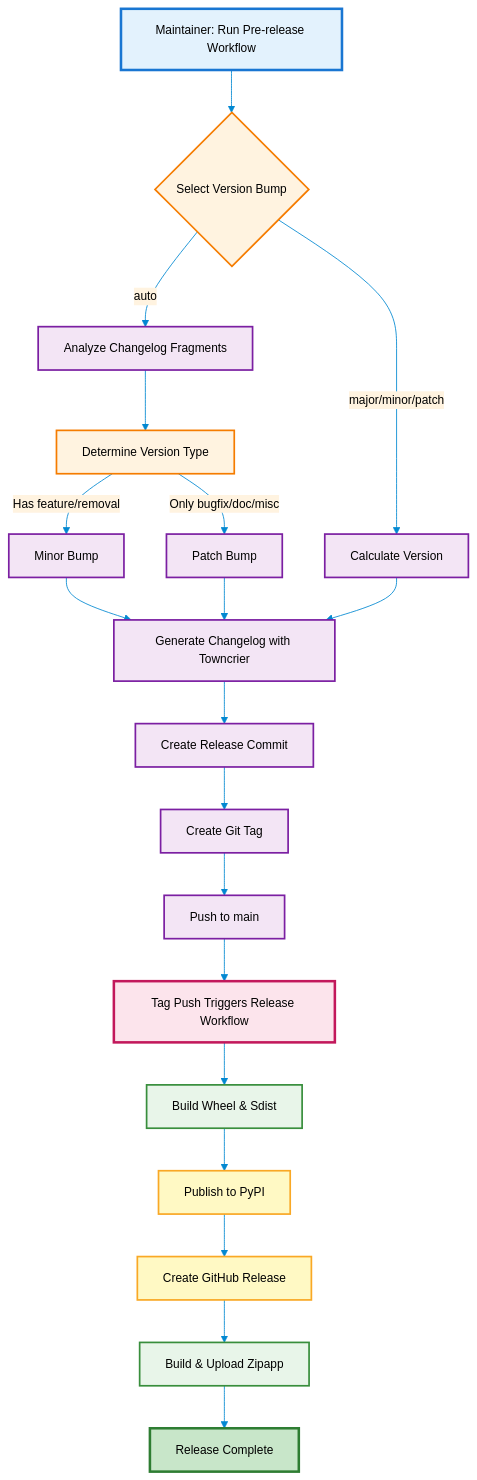
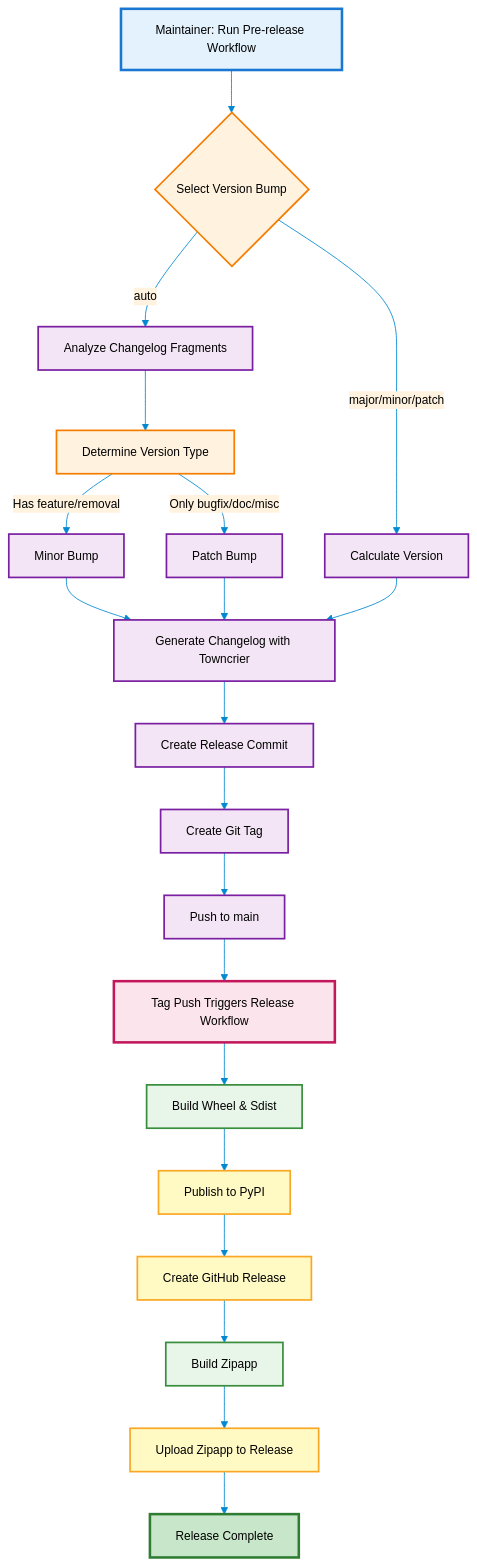
Before and after one commit to pypa/pipx: the diagram in docs/contributing.md, drawn with Mermaid.

Commit message:
📝 docs(release): split zipapp build and upload in diagram
Separating the zipapp build and upload into distinct steps makes the flow
clearer and matches the actual workflow structure where building and uploading
are separate GitHub Actions jobs.

````diff
--- a/docs/contributing.md
+++ b/docs/contributing.md
@@ -227,30 +227,31 @@
 ```mermaid
 %%{init: {'theme':'base', 'themeVariables': { 'primaryColor':'#e1f5ff','primaryTextColor':'#000','primaryBorderColor':'#0288d1','lineColor':'#0288d1','secondaryColor':'#fff3e0','tertiaryColor':'#f1f8e9','fontSize':'14px'}}}%%
 graph TD
     A[Maintainer: Run Pre-release Workflow]:::user --> B{Select Version Bump}:::decision
     B -->|auto| C[Analyze Changelog Fragments]:::process
     B -->|major/minor/patch| D[Calculate Version]:::process
     C --> E[Determine Version Type]:::decision
     E -->|Has feature/removal| F[Minor Bump]:::process
     E -->|Only bugfix/doc/misc| G[Patch Bump]:::process
     F --> H[Generate Changelog with Towncrier]:::process
     G --> H
     D --> H
     H --> I[Create Release Commit]:::process
     I --> J[Create Git Tag]:::process
     J --> K[Push to main]:::process
     K --> L[Tag Push Triggers Release Workflow]:::trigger
     L --> M[Build Wheel & Sdist]:::build
     M --> N[Publish to PyPI]:::publish
     N --> O[Create GitHub Release]:::publish
-    O --> P[Build & Upload Zipapp]:::build
-    P --> Q[Release Complete]:::complete
+    O --> P[Build Zipapp]:::build
+    P --> Q[Upload Zipapp to Release]:::publish
+    Q --> R[Release Complete]:::complete
 
     classDef user fill:#e3f2fd,stroke:#1976d2,stroke-width:3px,color:#000
     classDef decision fill:#fff3e0,stroke:#f57c00,stroke-width:2px,color:#000
     classDef process fill:#f3e5f5,stroke:#7b1fa2,stroke-width:2px,color:#000
     classDef trigger fill:#fce4ec,stroke:#c2185b,stroke-width:3px,color:#000
     classDef build fill:#e8f5e9,stroke:#388e3c,stroke-width:2px,color:#000
     classDef publish fill:#fff9c4,stroke:#f9a825,stroke-width:2px,color:#000
     classDef complete fill:#c8e6c9,stroke:#2e7d32,stroke-width:3px,color:#000
 ```
````
